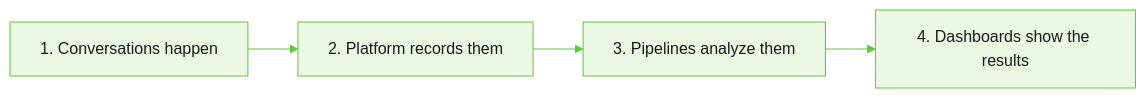
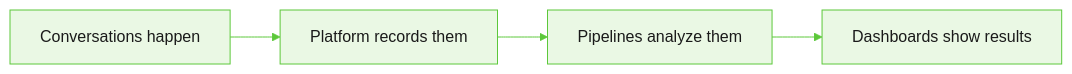
One commit to Koredotcom/docs-v2 changed the diagram in agent-platform/analytics-and-insights.mdx. Above: the diagram before and after it, drawn with Mermaid. The commit also changed other lines of this file, not shown here.

````diff
--- a/agent-platform/analytics-and-insights.mdx
+++ b/agent-platform/analytics-and-insights.mdx
@@ -37,7 +12,7 @@
 ```mermaid
 %%{init: {'theme': 'base', 'themeVariables': {'background': 'transparent', 'primaryColor': '#EAF8E4', 'primaryTextColor': '#1a1a1a', 'primaryBorderColor': '#5CC83A', 'lineColor': '#5CC83A', 'secondaryColor': 'transparent', 'tertiaryColor': 'transparent', 'clusterBkg': 'transparent', 'clusterBorder': '#5CC83A', 'titleColor': '#1a1a1a', 'clusterLabelBackground': 'transparent', 'edgeLabelBackground': '#EAF8E4'}}}%%
 flowchart LR
-    A["1. Conversations happen"] --> B["2. Platform records them"]
-    B --> C["3. Pipelines analyze them"]
-    C --> D["4. Dashboards show the results"]
+    A["Conversations happen"] --> B["Platform records them"]
+    B --> C["Pipelines analyze them"]
+    C --> D["Dashboards show results"]
 ```
````
